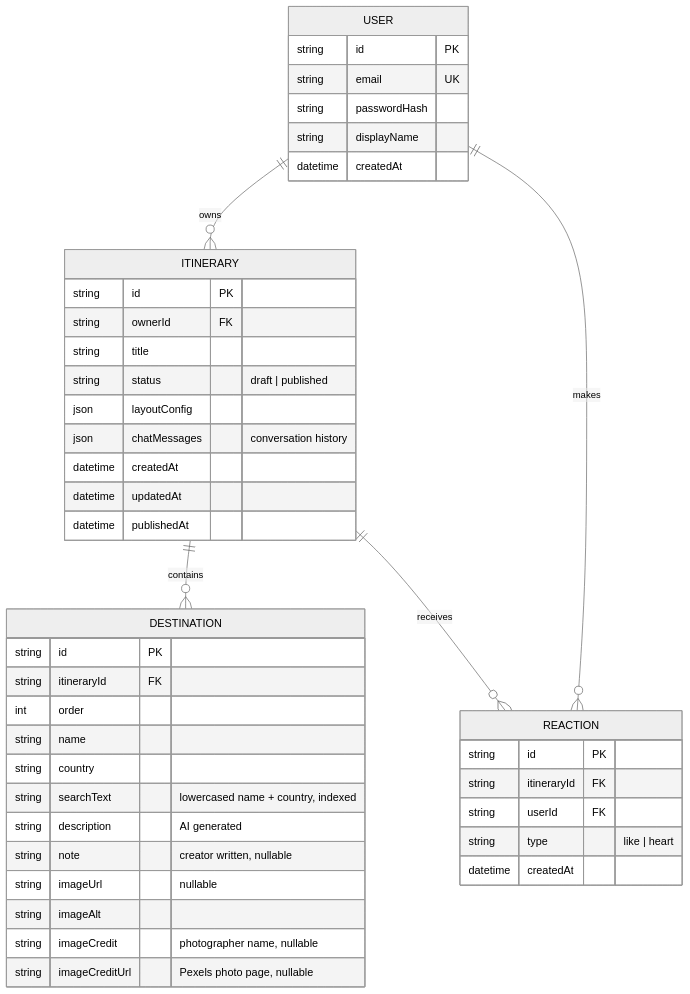
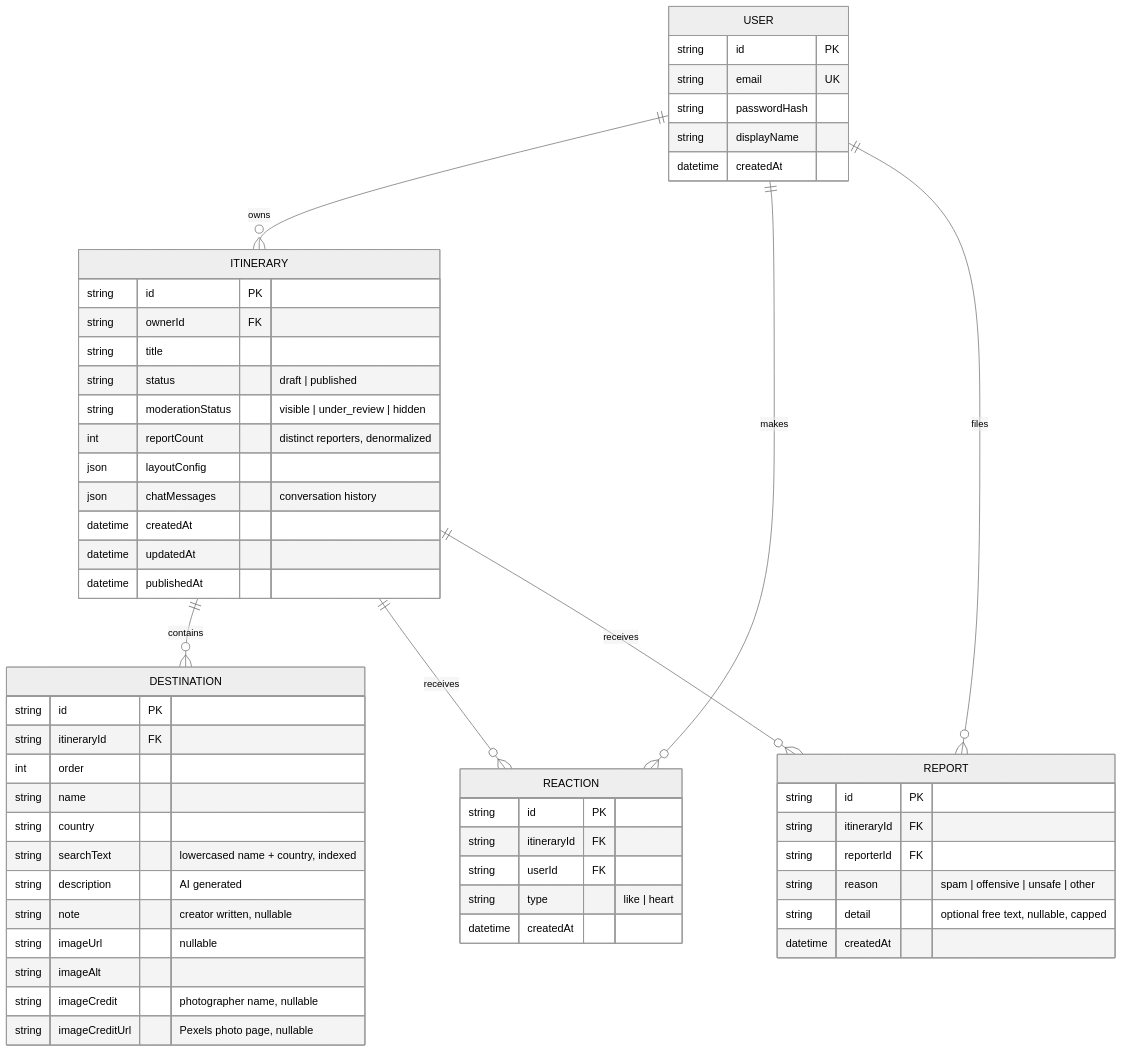
Before and after one commit to justinmwatts/travel-itinerary-builder: the third of 6 diagrams in design.md, drawn with Mermaid (neutral theme). The commit also changed other lines of this file and 1 other file, not shown here.

````diff
--- a/design.md
+++ b/design.md
@@ -153,47 +167,59 @@
 ```mermaid
 erDiagram
     USER ||--o{ ITINERARY : owns
     ITINERARY ||--o{ DESTINATION : contains
     USER ||--o{ REACTION : makes
     ITINERARY ||--o{ REACTION : receives
+    USER ||--o{ REPORT : files
+    ITINERARY ||--o{ REPORT : receives
 
     USER {
         string id PK
         string email UK
         string passwordHash
         string displayName
         datetime createdAt
     }
     ITINERARY {
         string id PK
         string ownerId FK
         string title
         string status "draft | published"
+        string moderationStatus "visible | under_review | hidden"
+        int reportCount "distinct reporters, denormalized"
         json layoutConfig
         json chatMessages "conversation history"
         datetime createdAt
         datetime updatedAt
         datetime publishedAt
+    }
+    REPORT {
+        string id PK
+        string itineraryId FK
+        string reporterId FK
+        string reason "spam | offensive | unsafe | other"
+        string detail "optional free text, nullable, capped"
+        datetime createdAt
     }
     DESTINATION {
         string id PK
         string itineraryId FK
         int order
         string name
         string country
         string searchText "lowercased name + country, indexed"
         string description "AI generated"
         string note "creator written, nullable"
         string imageUrl "nullable"
         string imageAlt
         string imageCredit "photographer name, nullable"
         string imageCreditUrl "Pexels photo page, nullable"
     }
     REACTION {
         string id PK
         string itineraryId FK
         string userId FK
         string type "like | heart"
         datetime createdAt
     }
 ```
````
